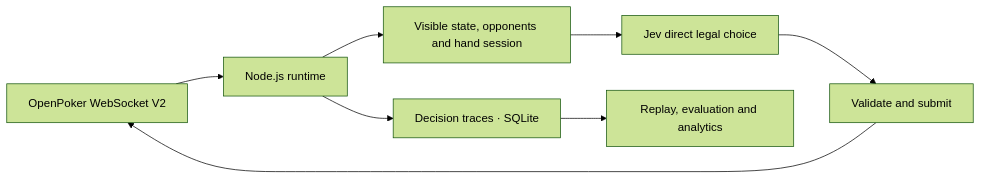
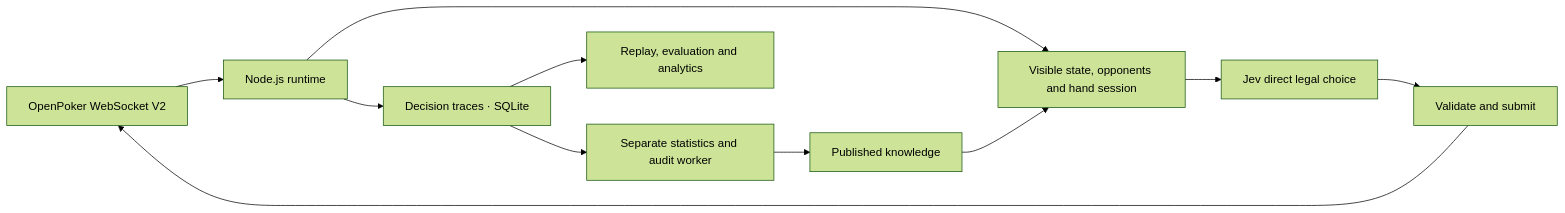
One commit to hewenyu/jev-card-agent changed the diagram in README.md. Above: the diagram before and after it, drawn with Mermaid (forest theme). The commit also changed other lines of this file and 57 other files, not shown here.

````diff
--- a/README.md
+++ b/README.md
@@ -29,10 +29,13 @@
 ```mermaid
 flowchart LR
   O[OpenPoker WebSocket V2] --> R[Node.js runtime]
   R --> C[Visible state, opponents and hand session]
   C --> J[Jev direct legal choice]
   J --> V[Validate and submit]
   V --> O
   R --> T[Decision traces · SQLite]
   T --> E[Replay, evaluation and analytics]
+  T --> S[Separate statistics and audit worker]
+  S --> K[Published knowledge]
+  K --> C
 ```
````
